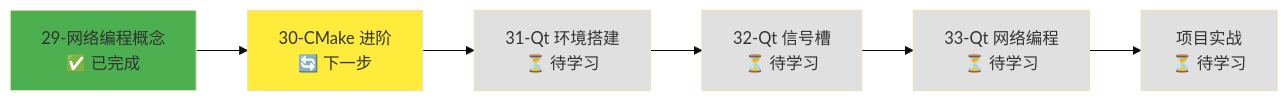
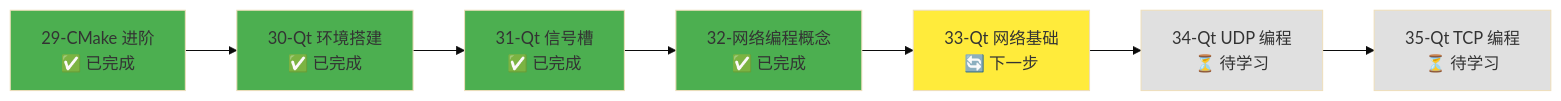
The fifth of 6 diagrams in docs/stage1/32-network-programming-concepts.md (IdEvEbI/QtLanChat-FeiQClone), drawn with Mermaid (base theme) before and after one commit. The commit also changed 1 other file, not shown here.

Commit message:
fix: 修正文档学习路径图编号错误
- 修复 31-qt-signals-slots.md 第1364行学习路径图编号（31→30）
- 修复 32-network-programming-concepts.md 第757行错误的学习路径图
- 确保所有学习路径图使用正确的文档编号体系

````diff
--- a/docs/stage1/32-network-programming-concepts.md
+++ b/docs/stage1/32-network-programming-concepts.md
@@ -755,15 +755,17 @@
 ```mermaid
 graph LR
-    A[29-网络编程概念<br/>✅ 已完成] --> B[30-CMake 进阶<br/>🔄 下一步]
-    B --> C[31-Qt 环境搭建<br/>⏳ 待学习]
-    C --> D[32-Qt 信号槽<br/>⏳ 待学习]
-    D --> E[33-Qt 网络编程<br/>⏳ 待学习]
-    E --> F[项目实战<br/>⏳ 待学习]
+    A[29-CMake 进阶<br/>✅ 已完成] --> B[30-Qt 环境搭建<br/>✅ 已完成]
+    B --> C[31-Qt 信号槽<br/>✅ 已完成]
+    C --> D[32-网络编程概念<br/>✅ 已完成]
+    D --> E[33-Qt 网络基础<br/>🔄 下一步]
+    E --> F[34-Qt UDP 编程<br/>⏳ 待学习]
+    F --> G[35-Qt TCP 编程<br/>⏳ 待学习]
 
     style A fill:#4caf50
-    style B fill:#ffeb3b
-    style C fill:#e0e0e0
-    style D fill:#e0e0e0
-    style E fill:#e0e0e0
+    style B fill:#4caf50
+    style C fill:#4caf50
+    style D fill:#4caf50
+    style E fill:#ffeb3b
     style F fill:#e0e0e0
+    style G fill:#e0e0e0
 ```
````
